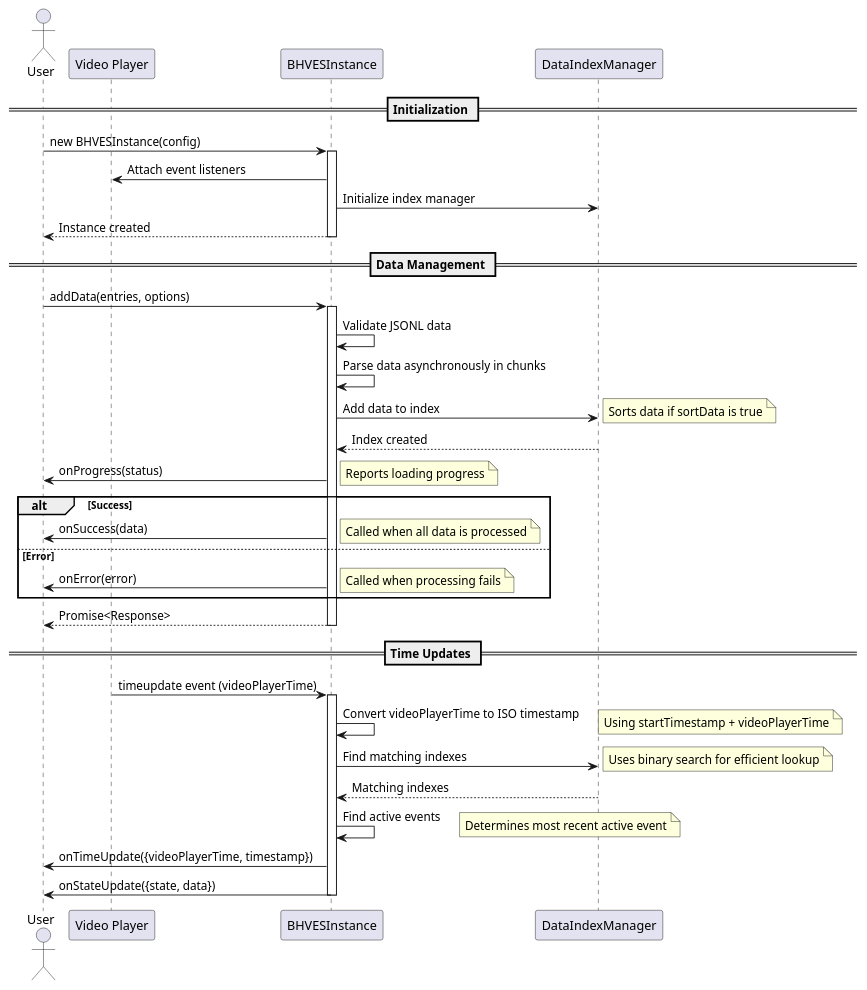
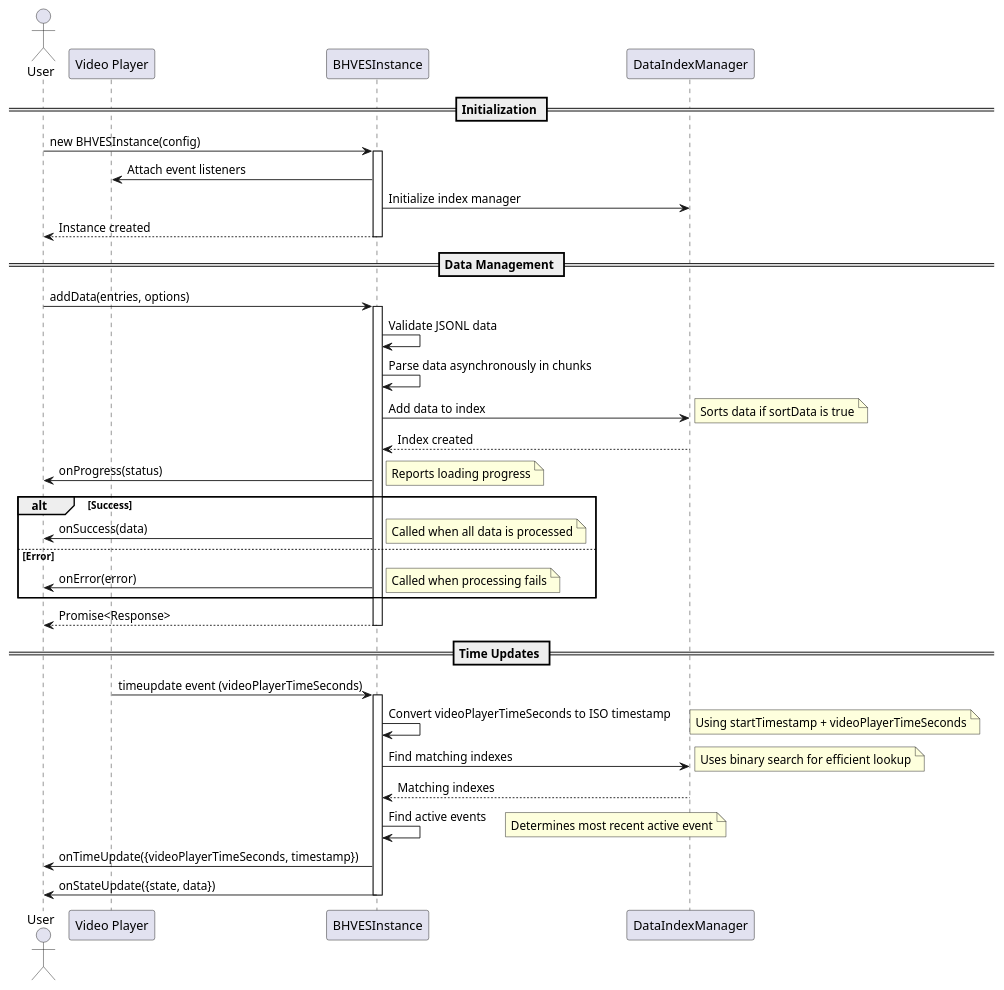
Before and after one commit to patchkit-net/betahub-video-events-sync: the first of 2 diagrams in docs/flow-diagram.puml, drawn with PlantUML. The commit also changed other lines of this file and 14 other files, not shown here.

```diff
--- a/docs/flow-diagram.puml
+++ b/docs/flow-diagram.puml
@@ -1,50 +1,50 @@
 @startuml BHVES Sequence Diagram
 
 actor User
 participant "Video Player" as Player
 participant "BHVESInstance" as BHVES
 participant "DataIndexManager" as IndexManager
 
 == Initialization ==
 User -> BHVES: new BHVESInstance(config)
 activate BHVES
 BHVES -> Player: Attach event listeners
 BHVES -> IndexManager: Initialize index manager
 BHVES --> User: Instance created
 deactivate BHVES
 
 == Data Management ==
 User -> BHVES: addData(entries, options)
 activate BHVES
 BHVES -> BHVES: Validate JSONL data
 BHVES -> BHVES: Parse data asynchronously in chunks
 BHVES -> IndexManager: Add data to index
 note right: Sorts data if sortData is true
 IndexManager --> BHVES: Index created
 BHVES -> User: onProgress(status)
 note right: Reports loading progress
 alt Success
     BHVES -> User: onSuccess(data)
     note right: Called when all data is processed
 else Error
     BHVES -> User: onError(error)
     note right: Called when processing fails
 end
 BHVES --> User: Promise<Response>
 deactivate BHVES
 
 == Time Updates ==
-Player -> BHVES: timeupdate event (videoPlayerTime)
+Player -> BHVES: timeupdate event (videoPlayerTimeSeconds)
 activate BHVES
-BHVES -> BHVES: Convert videoPlayerTime to ISO timestamp
-note right: Using startTimestamp + videoPlayerTime
+BHVES -> BHVES: Convert videoPlayerTimeSeconds to ISO timestamp
+note right: Using startTimestamp + videoPlayerTimeSeconds
 BHVES -> IndexManager: Find matching indexes
 note right: Uses binary search for efficient lookup
 IndexManager --> BHVES: Matching indexes
 BHVES -> BHVES: Find active events
 note right: Determines most recent active event
-BHVES -> User: onTimeUpdate({videoPlayerTime, timestamp})
+BHVES -> User: onTimeUpdate({videoPlayerTimeSeconds, timestamp})
 BHVES -> User: onStateUpdate({state, data})
 deactivate BHVES
 
 @enduml
```
